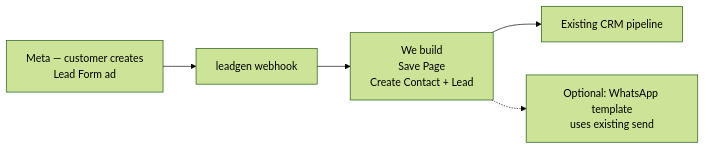
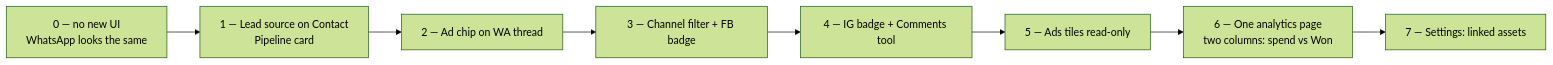
Before and after one commit to teamwebstarts-cmyk/Samyoj: the tenth of 12 diagrams in docs/product/META_LOOP_PRESENTATION_2026-09-18.md, drawn with Mermaid (forest theme). The commit also changed other lines of this file and 2 other files, not shown here.

First line of the commit message:
docs: update META_ECOSYSTEM_V2_PLAN_2026-09-18.md and META_LOOP_PRESENTATION_2026-09-18.md for clarity and consistency

````diff
--- a/docs/product/META_LOOP_PRESENTATION_2026-09-18.md
+++ b/docs/product/META_LOOP_PRESENTATION_2026-09-18.md
@@ -90,7 +200,13 @@
 ```mermaid
 flowchart LR
-  META["Meta — customer creates<br/>Lead Form ad"] --> WH[leadgen webhook]
-  WH --> US["We build<br/>Save Page<br/>Create Contact + Lead"]
-  US --> CRM[Existing CRM pipeline]
-  US -.-> WA["Optional: WhatsApp template<br/>uses existing send"]
+  S0["0 — no new UI<br/>WhatsApp looks the same"]
+  S1["1 — Lead source on Contact<br/>Pipeline card"]
+  S2["2 — Ad chip on WA thread"]
+  S3["3 — Channel filter + FB badge"]
+  S4["4 — IG badge + Comments tool"]
+  S5["5 — Ads tiles read-only"]
+  S6["6 — One analytics page<br/>two columns: spend vs Won"]
+  S7["7 — Settings: linked assets"]
+
+  S0 --> S1 --> S2 --> S3 --> S4 --> S5 --> S6 --> S7
 ```
````
